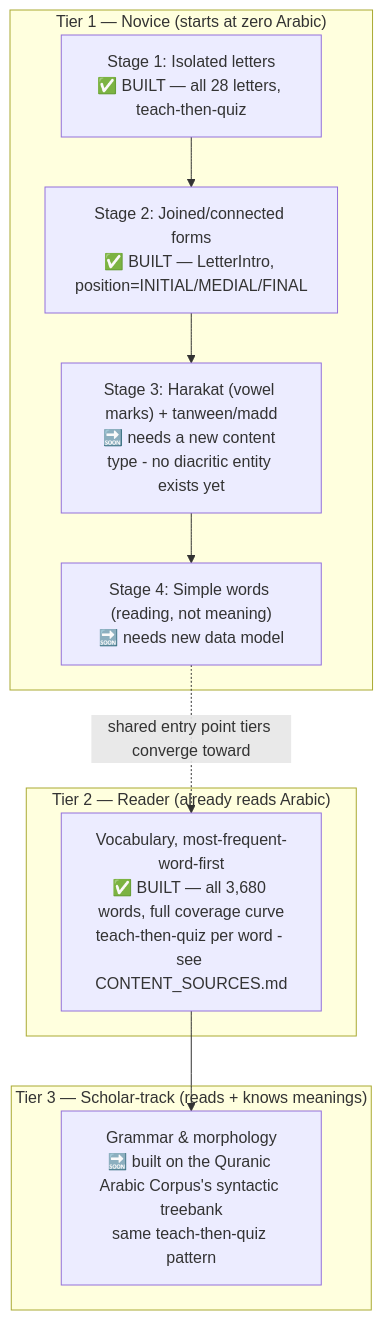
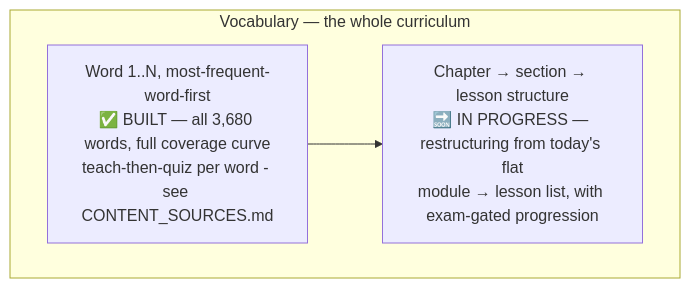
One commit to deanybytes/QuranicWords changed the diagram in docs/CURRICULUM_DESIGN.md. Above: the diagram before and after it, drawn with Mermaid. The commit also changed other lines of this file and 44 other files, not shown here.

First line of the commit message:
Rebrand as standalone project; restructure content into chapter/section/lesson tree

````diff
--- a/docs/CURRICULUM_DESIGN.md
+++ b/docs/CURRICULUM_DESIGN.md
@@ -11,18 +11,8 @@
 ```mermaid
 flowchart TD
-    subgraph T1["Tier 1 — Novice (starts at zero Arabic)"]
-        S1["Stage 1: Isolated letters<br/>✅ BUILT — all 28 letters, teach-then-quiz"]
-        S2["Stage 2: Joined/connected forms<br/>✅ BUILT — LetterIntro, position=INITIAL/MEDIAL/FINAL"]
-        S3["Stage 3: Harakat (vowel marks) + tanween/madd<br/>🔜 needs a new content type - no diacritic entity exists yet"]
-        S4["Stage 4: Simple words (reading, not meaning)<br/>🔜 needs new data model"]
-        S1 --> S2 --> S3 --> S4
+    subgraph V["Vocabulary — the whole curriculum"]
+        V1["Word 1..N, most-frequent-word-first<br/>✅ BUILT — all 3,680 words, full coverage curve<br/>teach-then-quiz per word - see CONTENT_SOURCES.md"]
+        V2["Chapter → section → lesson structure<br/>🔜 IN PROGRESS — restructuring from today's flat<br/>module → lesson list, with exam-gated progression"]
+        V1 --> V2
     end
-    subgraph T2["Tier 2 — Reader (already reads Arabic)"]
-        V1["Vocabulary, most-frequent-word-first<br/>✅ BUILT — all 3,680 words, full coverage curve<br/>teach-then-quiz per word - see CONTENT_SOURCES.md"]
-    end
-    subgraph T3["Tier 3 — Scholar-track (reads + knows meanings)"]
-        G1["Grammar & morphology<br/>🔜 built on the Quranic Arabic Corpus's syntactic treebank<br/>same teach-then-quiz pattern"]
-    end
-    S4 -.->|shared entry point tiers converge toward| V1
-    V1 --> G1
 ```
````
